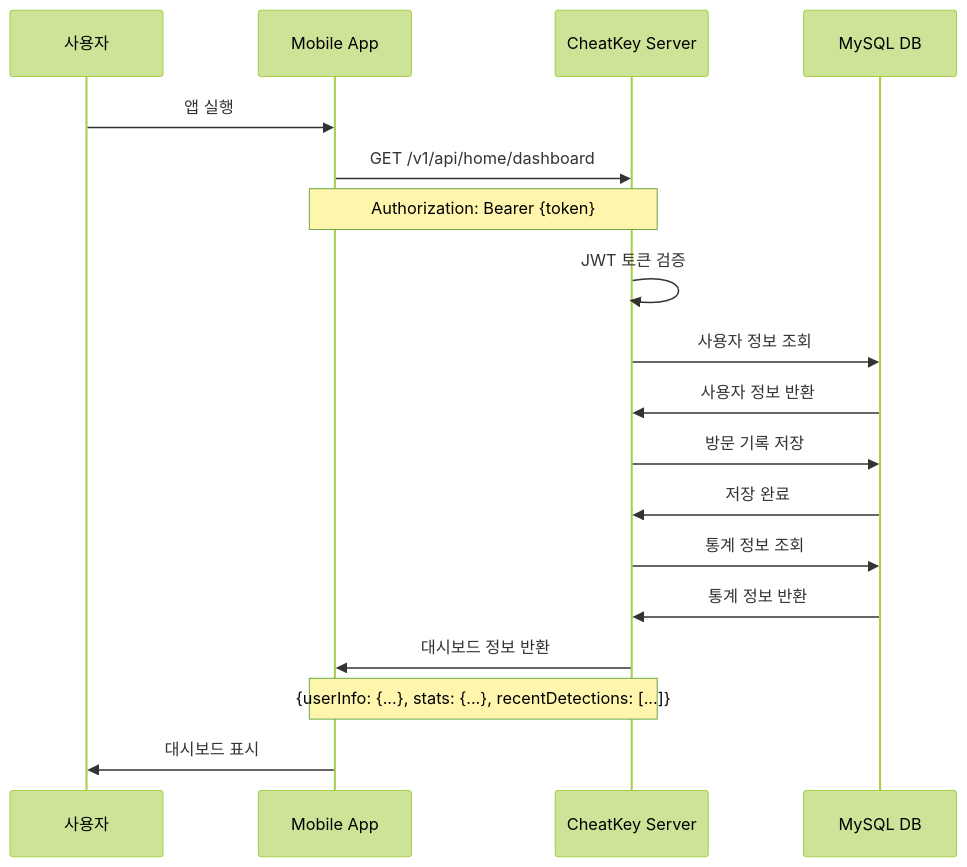
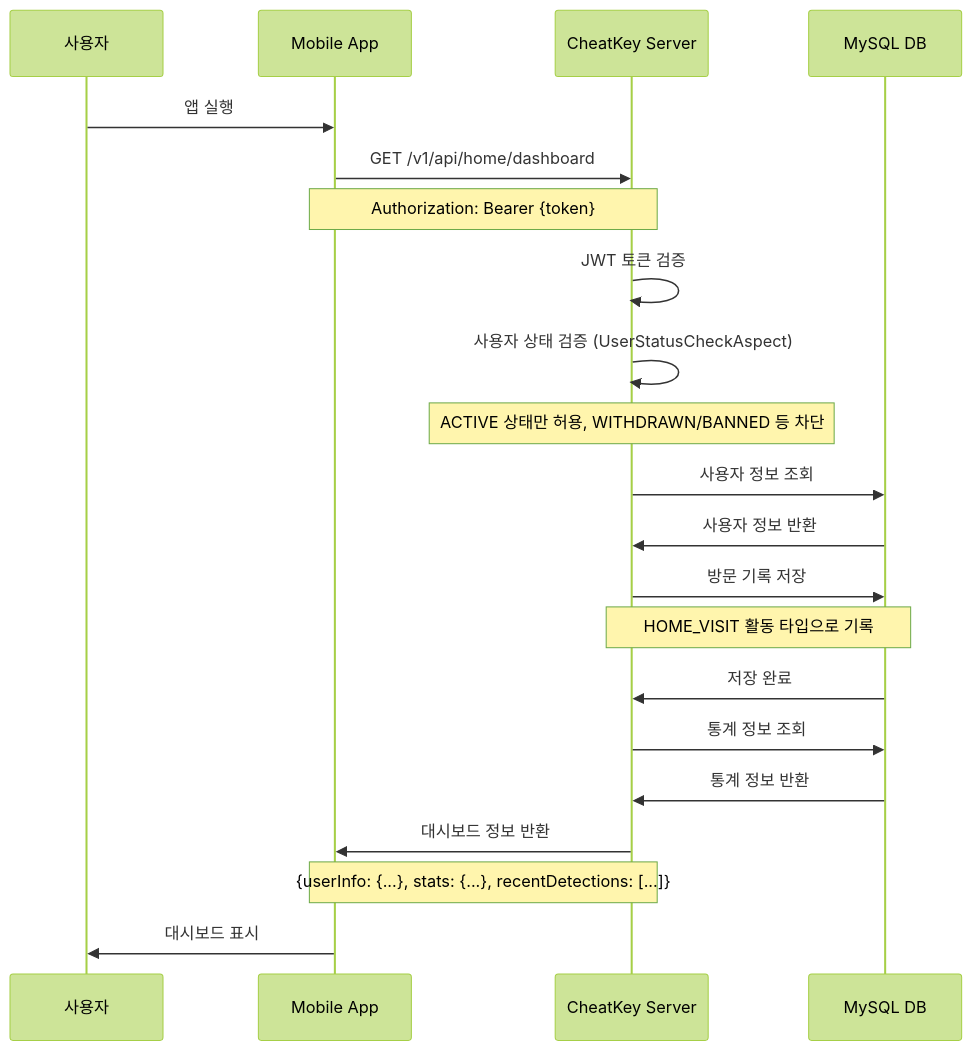
One commit to Central-MakeUs/CheatKey-Server changed the eighth of 10 diagrams in docs/flows/sequence.md. Above: the diagram before and after it, drawn with Mermaid (forest theme). The commit also changed other lines of this file and 6 other files, not shown here.

````diff
--- a/docs/flows/sequence.md
+++ b/docs/flows/sequence.md
@@ -237,25 +274,28 @@
 ```mermaid
 sequenceDiagram
     participant U as 사용자
     participant App as Mobile App
     participant Server as CheatKey Server
     participant DB as MySQL DB
     
     U->>App: 앱 실행
     App->>Server: GET /v1/api/home/dashboard
     Note over App,Server: Authorization: Bearer {token}
     
     Server->>Server: JWT 토큰 검증
+    Server->>Server: 사용자 상태 검증 (UserStatusCheckAspect)
+    Note over Server: ACTIVE 상태만 허용, WITHDRAWN/BANNED 등 차단
     Server->>DB: 사용자 정보 조회
     DB->>Server: 사용자 정보 반환
     
     Server->>DB: 방문 기록 저장
+    Note over Server,DB: HOME_VISIT 활동 타입으로 기록
     DB->>Server: 저장 완료
     
     Server->>DB: 통계 정보 조회
     DB->>Server: 통계 정보 반환
     
     Server->>App: 대시보드 정보 반환
     Note over Server,App: {userInfo: {...}, stats: {...}, recentDetections: [...]}
     App->>U: 대시보드 표시
 ```
````
